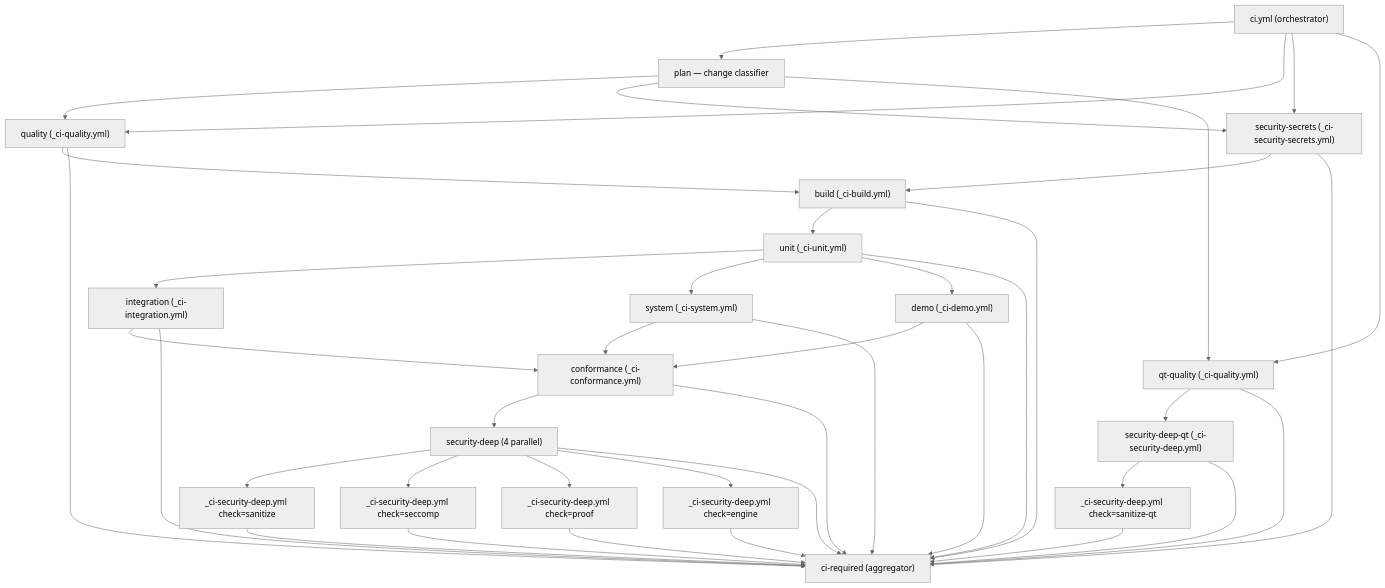
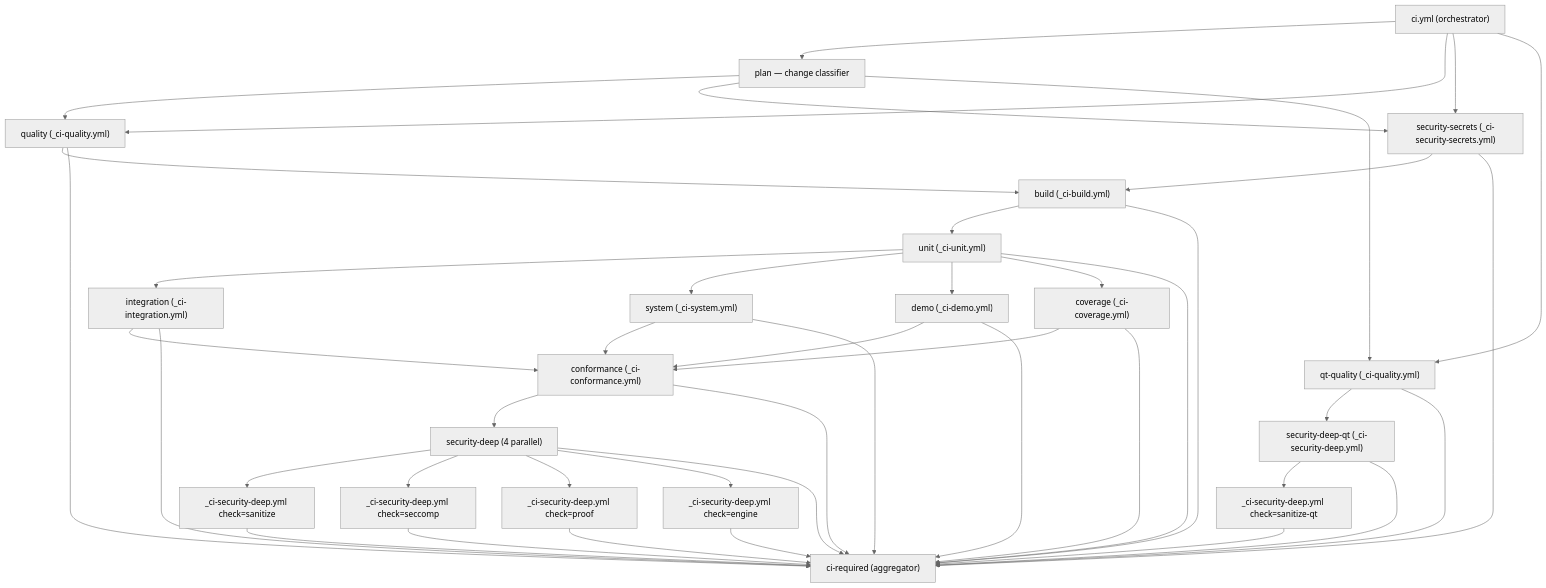
Before and after one commit to deeprnd/tickoni: the diagram in doc/execution/ci.md, drawn with Mermaid (neutral theme). The commit also changed other lines of this file and 1 other file, not shown here.

````diff
--- a/doc/execution/ci.md
+++ b/doc/execution/ci.md
@@ -54,42 +54,45 @@
 ```mermaid
 flowchart TD
     A["ci.yml (orchestrator)"] --> B["plan — change classifier"]
     A --> Q["quality (_ci-quality.yml)"]
     A --> S["security-secrets (_ci-security-secrets.yml)"]
     A --> QTQ["qt-quality (_ci-quality.yml)"]
     B --> Q
     B --> S
     B --> QTQ
     Q --> Bld["build (_ci-build.yml)"]
     S --> Bld
     QTQ --> QtSec["security-deep-qt (_ci-security-deep.yml)"]
     QtSec --> QtSec1["_ci-security-deep.yml check=sanitize-qt"]
     Bld --> U["unit (_ci-unit.yml)"]
     U --> I["integration (_ci-integration.yml)"]
     U --> Sys["system (_ci-system.yml)"]
     U --> D["demo (_ci-demo.yml)"]
+    U --> Cov["coverage (_ci-coverage.yml)"]
     I --> C["conformance (_ci-conformance.yml)"]
     Sys --> C
     D --> C
+    Cov --> C
     C --> SD["security-deep (4 parallel)"]
     SD --> SD1["_ci-security-deep.yml check=sanitize"]
     SD --> SD2["_ci-security-deep.yml check=seccomp"]
     SD --> SD3["_ci-security-deep.yml check=proof"]
     SD --> SD4["_ci-security-deep.yml check=engine"]
     SD1 --> R["ci-required (aggregator)"]
     SD2 --> R
     SD3 --> R
     SD4 --> R
     QtSec1 --> R
     Q --> R
     S --> R
     QTQ --> R
     QtSec --> R
     Bld --> R
     U --> R
     I --> R
     Sys --> R
     D --> R
+    Cov --> R
     C --> R
     SD --> R
 ```
````
